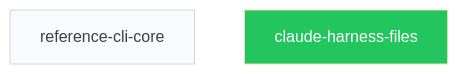
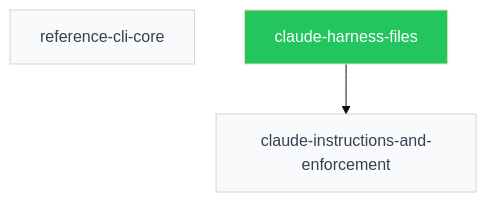
One commit to SpiralSky/specplane changed the diagram in plans/PLANS.md. Above: the diagram before and after it, drawn with Mermaid (base theme). The commit also changed other lines of this file and 17 other files, not shown here.

First line of the commit message:
docs(claude-harness-files): agent instructions, commit format, enforcement redesign

````diff
--- a/plans/PLANS.md
+++ b/plans/PLANS.md
@@ -18,12 +19,14 @@
 ```mermaid
 graph TD
     p_2026_10_28_reference_cli_core[reference-cli-core]:::draft
     p_2026_10_29_claude_harness_files[claude-harness-files]:::ready
+    p_2026_10_29_claude_instructions_and_enforcement[claude-instructions-and-enforcement]:::draft
+    p_2026_10_29_claude_harness_files --> p_2026_10_29_claude_instructions_and_enforcement
     classDef draft fill:#f9fafb,color:#374151,stroke:#d1d5db
     classDef ready fill:#22c55e,color:#fff
     classDef blocked fill:#ef4444,color:#fff
     classDef in_progress fill:#3b82f6,color:#fff
     classDef review fill:#60a5fa,color:#fff
     classDef done fill:#9ca3af,color:#fff
     classDef abandoned fill:#9ca3af,color:#fff,text-decoration:line-through
 ```
````
